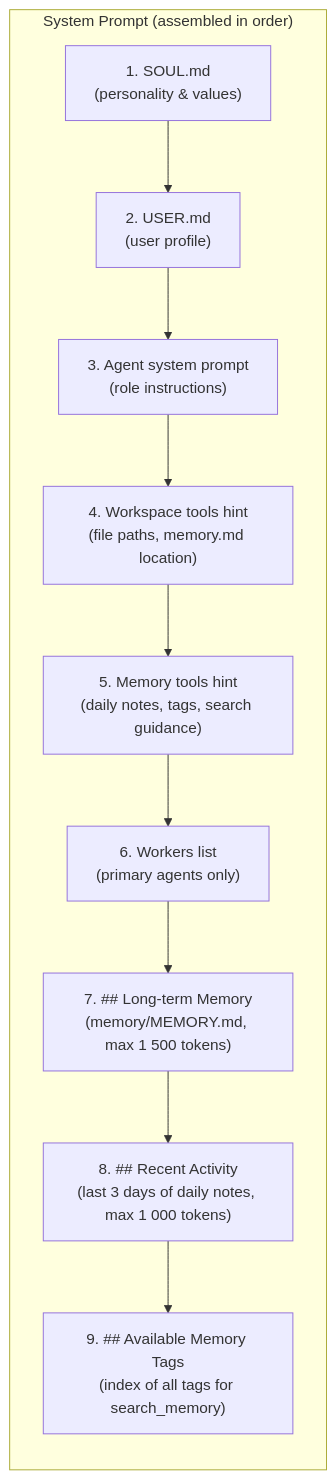
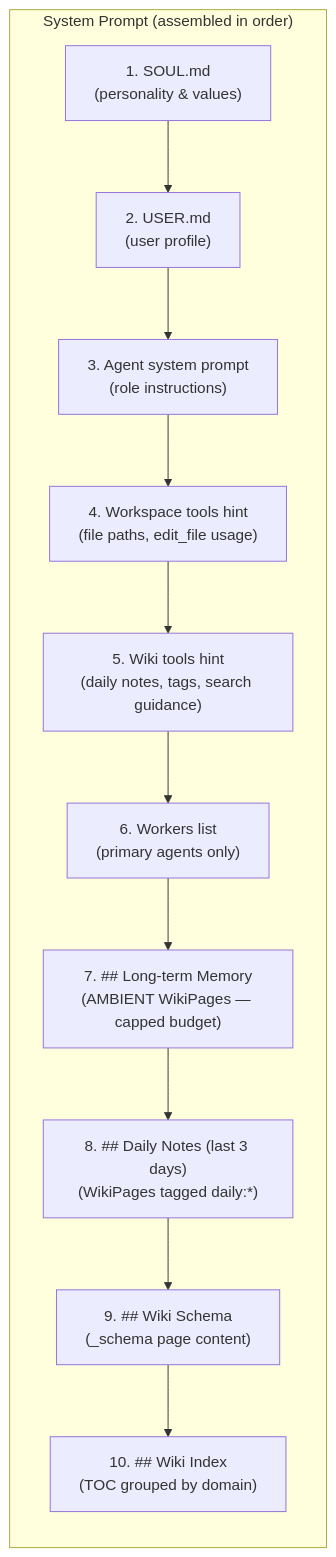
One commit to aibyml-ngo/clawix changed the second of 4 diagrams in docs/MEMORY.md. Above: the diagram before and after it, drawn with Mermaid. The commit also changed other lines of this file, not shown here.

````diff
--- a/docs/MEMORY.md
+++ b/docs/MEMORY.md
@@ -214,16 +278,17 @@
 ```mermaid
 flowchart LR
     subgraph SP["System Prompt (assembled in order)"]
         direction TB
         A["1. SOUL.md\n(personality & values)"]
         B["2. USER.md\n(user profile)"]
         C["3. Agent system prompt\n(role instructions)"]
-        D["4. Workspace tools hint\n(file paths, memory.md location)"]
-        E["5. Memory tools hint\n(daily notes, tags, search guidance)"]
+        D["4. Workspace tools hint\n(file paths, edit_file usage)"]
+        E["5. Wiki tools hint\n(daily notes, tags, search guidance)"]
         F["6. Workers list\n(primary agents only)"]
-        G["7. ## Long-term Memory\n(memory/MEMORY.md, max 1 500 tokens)"]
-        H["8. ## Recent Activity\n(last 3 days of daily notes, max 1 000 tokens)"]
-        I["9. ## Available Memory Tags\n(index of all tags for search_memory)"]
-        A --> B --> C --> D --> E --> F --> G --> H --> I
+        G["7. ## Long-term Memory\n(AMBIENT WikiPages — capped budget)"]
+        H["8. ## Daily Notes (last 3 days)\n(WikiPages tagged daily:*)"]
+        I["9. ## Wiki Schema\n(_schema page content)"]
+        J["10. ## Wiki Index\n(TOC grouped by domain)"]
+        A --> B --> C --> D --> E --> F --> G --> H --> I --> J
     end
 ```
````
